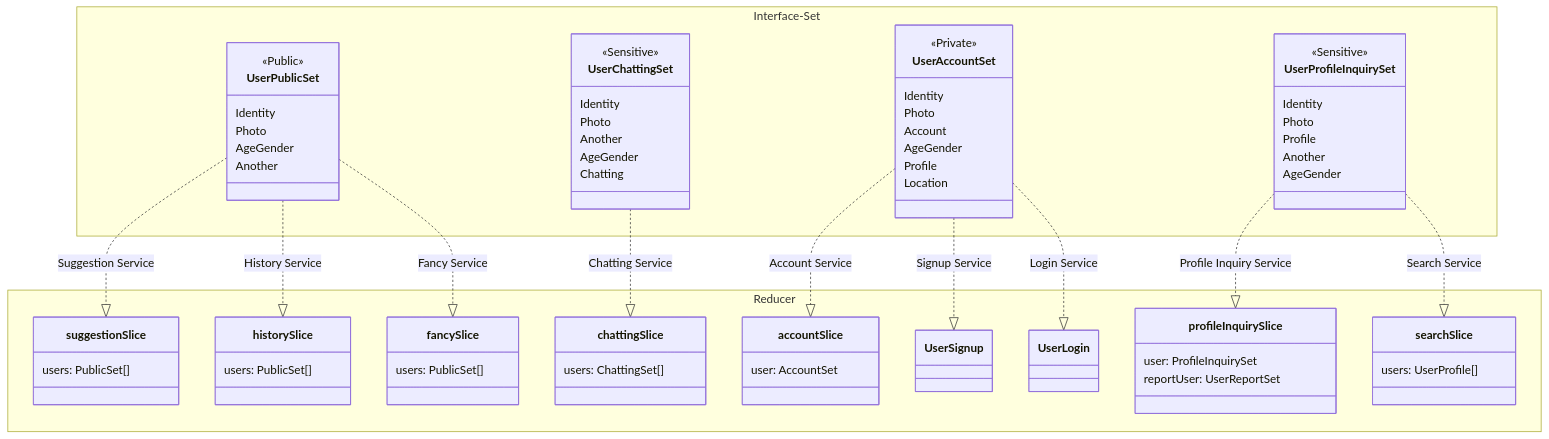
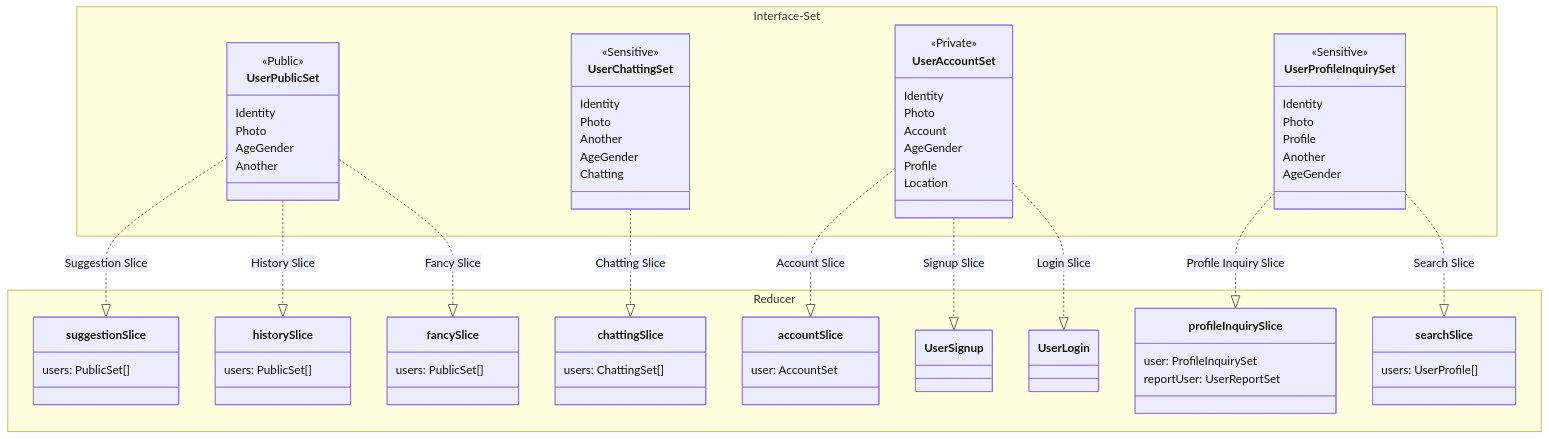
The second of 2 diagrams in app/redux/README.md (42Seoul-Tea42/frontend), drawn with Mermaid before and after one commit. The commit also changed 39 other files, not shown here.

Commit message:
renamed service to slice

```diff
--- a/app/redux/README.md
+++ b/app/redux/README.md
@@ -175,15 +175,15 @@
     }
 }
 
-UserPublicSet ..|> suggestionSlice : Suggestion Service
-UserPublicSet ..|> historySlice : History Service
-UserPublicSet ..|> fancySlice : Fancy Service
-UserChattingSet ..|> chattingSlice : Chatting Service
-UserAccountSet ..|> accountSlice : Account Service
-UserAccountSet ..|> UserSignup: Signup Service
-UserAccountSet ..|> UserLogin: Login Service
-UserProfileInquirySet ..|> profileInquirySlice : Profile Inquiry Service
-UserProfileInquirySet ..|> searchSlice : Search Service
+UserPublicSet ..|> suggestionSlice : Suggestion Slice
+UserPublicSet ..|> historySlice : History Slice
+UserPublicSet ..|> fancySlice : Fancy Slice
+UserChattingSet ..|> chattingSlice : Chatting Slice
+UserAccountSet ..|> accountSlice : Account Slice
+UserAccountSet ..|> UserSignup: Signup Slice
+UserAccountSet ..|> UserLogin: Login Slice
+UserProfileInquirySet ..|> profileInquirySlice : Profile Inquiry Slice
+UserProfileInquirySet ..|> searchSlice : Search Slice
 
 namespace Reducer {
 
```
